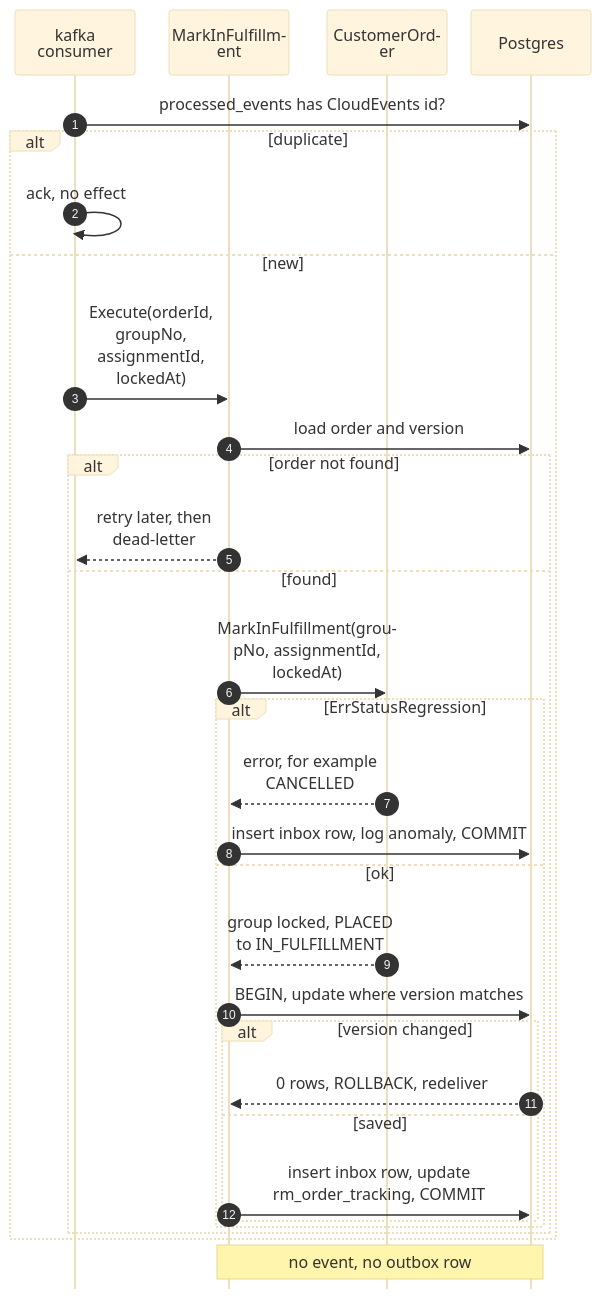
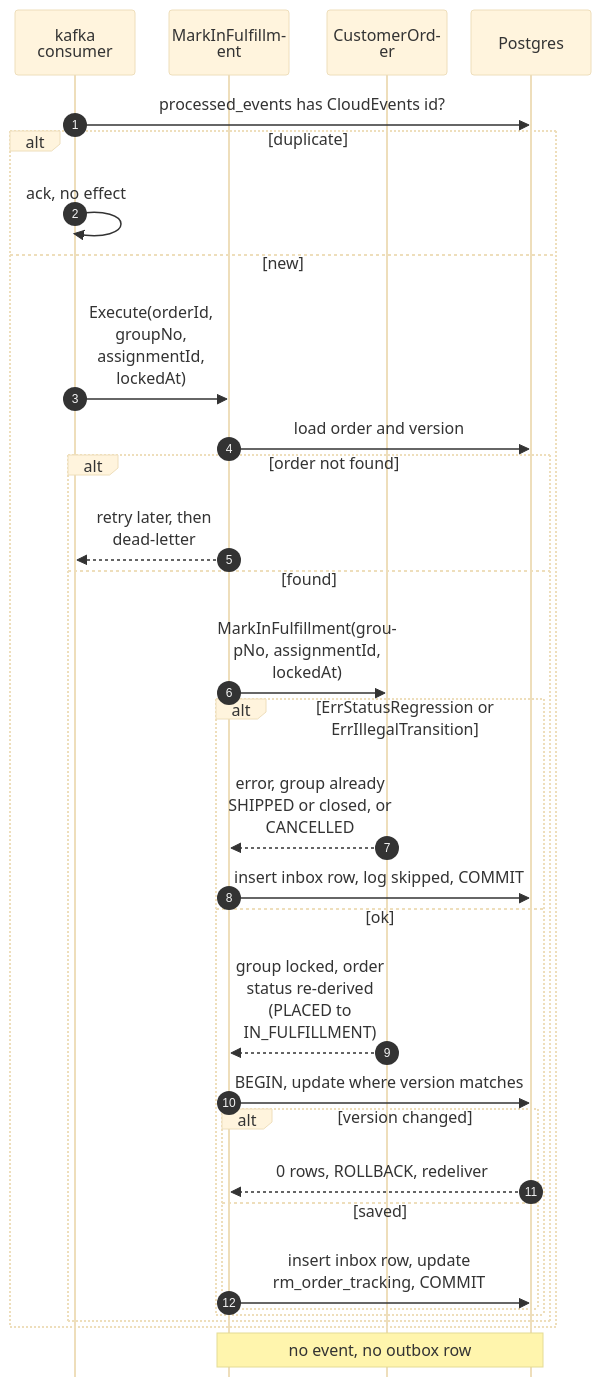
One commit to IQVO/warehouse-docs changed the fifth of 8 diagrams in network/docs/contexts/customer-ordering/sequence-diagrams.md. Above: the diagram before and after it, drawn with Mermaid (base theme). The commit also changed other lines of this file and 11 other files, not shown here.

Commit message:
docs(network): customer-ordering pack and model follow the repo (A9 shopper check, derived status, cancel request, slugs, PromiseUnkeepable)

````diff
--- a/network/docs/contexts/customer-ordering/sequence-diagrams.md
+++ b/network/docs/contexts/customer-ordering/sequence-diagrams.md
@@ -221,34 +225,34 @@
 ```mermaid
 %%{init: {"sequence": {"wrap": true, "width": 120, "actorMargin": 24, "messageMargin": 28, "boxMargin": 6, "noteMargin": 6, "mirrorActors": false}}}%%
 sequenceDiagram
     autonumber
     participant KC as kafka consumer
     participant UC as MarkInFulfillment
     participant A as CustomerOrder
     participant DB as Postgres
     KC->>DB: processed_events has CloudEvents id?
     alt duplicate
         KC->>KC: ack, no effect
     else new
         KC->>UC: Execute(orderId, groupNo, assignmentId, lockedAt)
         UC->>DB: load order and version
         alt order not found
             UC-->>KC: retry later, then dead-letter
         else found
             UC->>A: MarkInFulfillment(groupNo, assignmentId, lockedAt)
-            alt ErrStatusRegression
-                A-->>UC: error, for example CANCELLED
-                UC->>DB: insert inbox row, log anomaly, COMMIT
+            alt ErrStatusRegression or ErrIllegalTransition
+                A-->>UC: error, group already SHIPPED or closed, or CANCELLED
+                UC->>DB: insert inbox row, log skipped, COMMIT
             else ok
-                A-->>UC: group locked, PLACED to IN_FULFILLMENT
+                A-->>UC: group locked, order status re-derived (PLACED to IN_FULFILLMENT)
                 UC->>DB: BEGIN, update where version matches
                 alt version changed
                     DB-->>UC: 0 rows, ROLLBACK, redeliver
                 else saved
                     UC->>DB: insert inbox row, update rm_order_tracking, COMMIT
                 end
             end
         end
     end
     Note over UC,DB: no event, no outbox row
 ```
````
